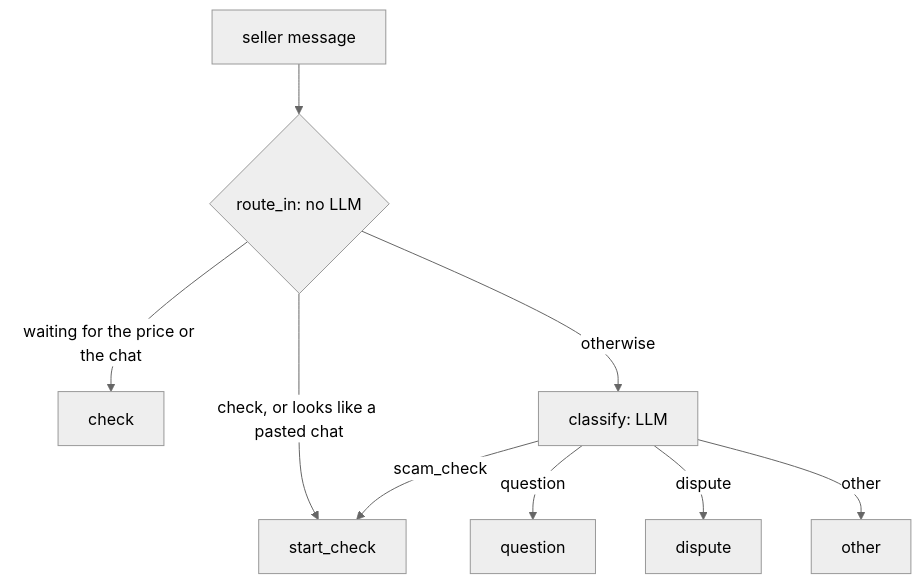
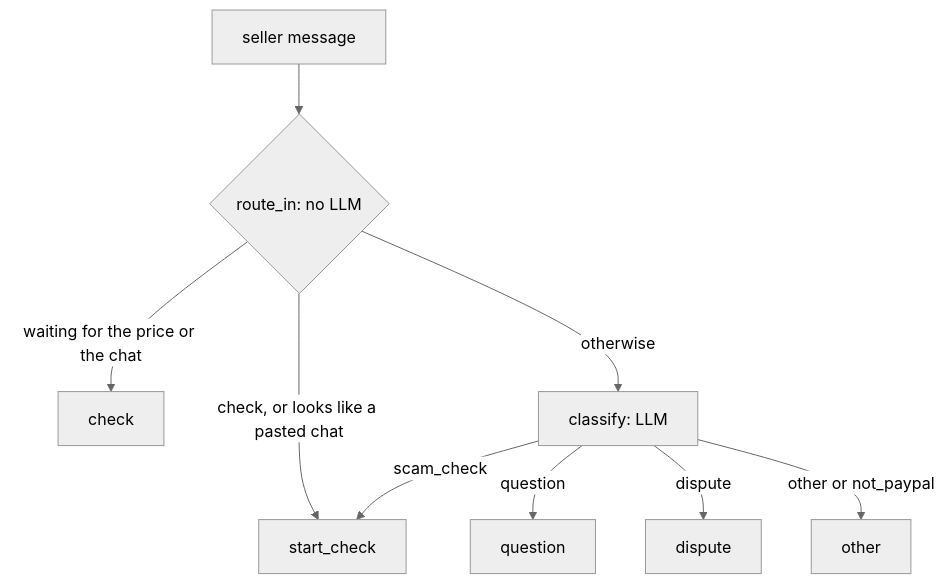
The third of 3 diagrams in README.md (Dee-Tee11/VendorGuard), drawn with Mermaid (neutral theme) before and after one commit. The commit also changed other lines of this file and 8 other files, not shown here.

Commit message:
feat: add support for non-PayPal transactions with new intent 'not_paypal'

````diff
--- a/README.md
+++ b/README.md
@@ -107,11 +107,11 @@
 ```mermaid
 flowchart TD
   M[seller message] --> R{route_in: no LLM}
   R -- waiting for the price or the chat --> K[check]
   R -- "check", or looks like a pasted chat --> S[start_check]
   R -- otherwise --> C[classify: LLM]
   C -- question --> Q[question]
   C -- scam_check --> S
   C -- dispute --> D[dispute]
-  C -- other --> O[other]
+  C -- other or not_paypal --> O[other]
 ```
````
